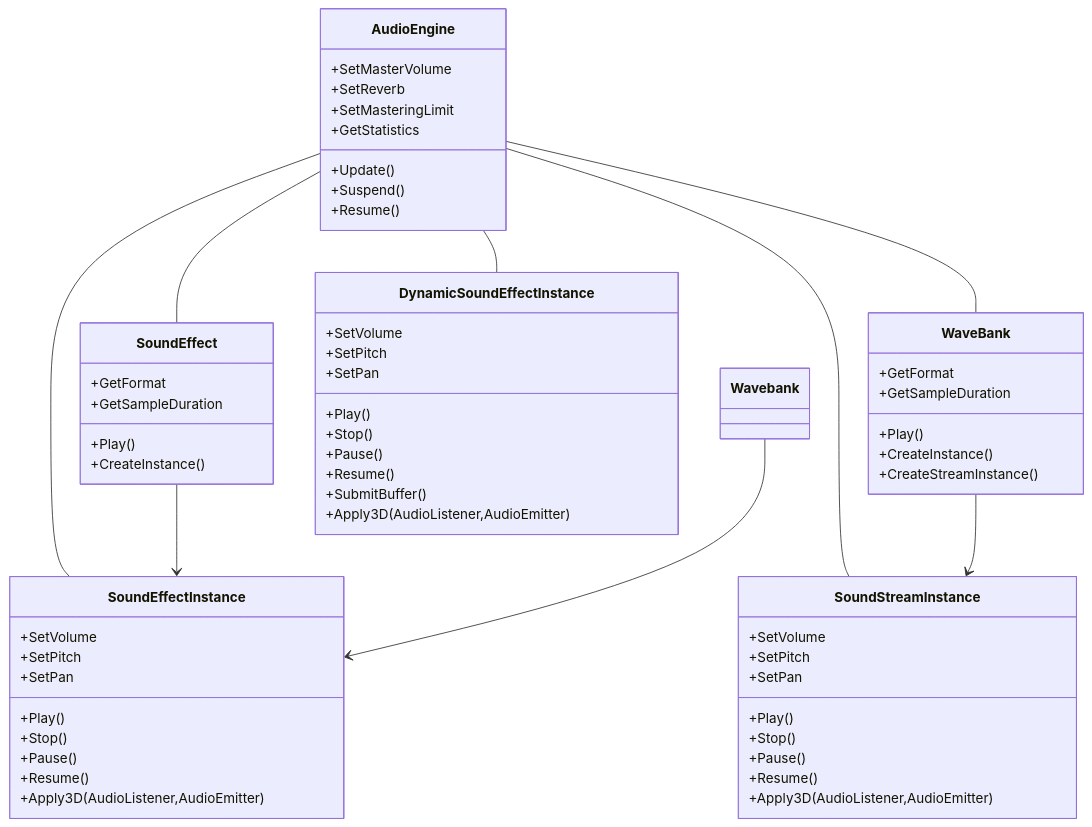
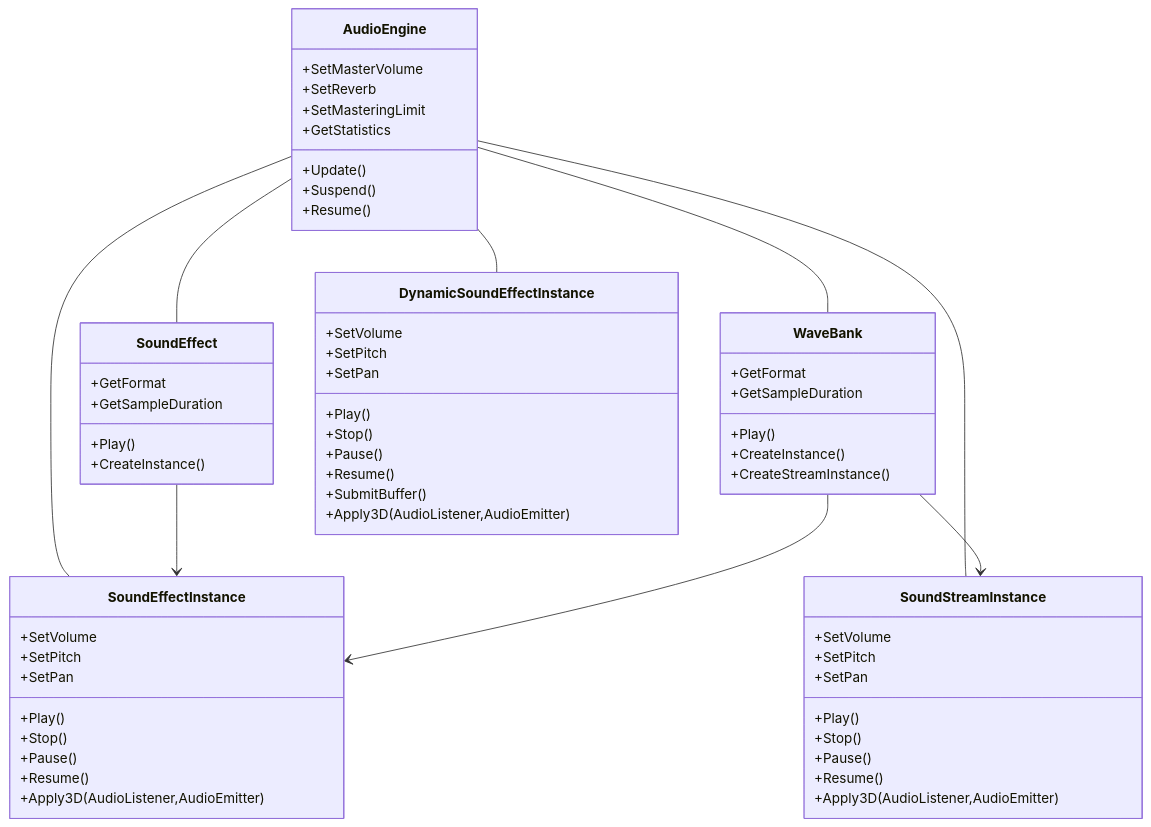
One commit to neogrammer/Wiki changed the first of 2 diagrams in Audio.md. Above: the diagram before and after it, drawn with Mermaid.

Commit message:
Updated Audio (markdown)

````diff
--- a/Audio.md
+++ b/Audio.md
@@ -18,64 +18,64 @@
 ```mermaid
 classDiagram
 class AudioEngine{
    +SetMasterVolume
    +SetReverb
    +SetMasteringLimit
    +GetStatistics
    +Update()
    +Suspend()
    +Resume()
 }
 class SoundEffect{
    +GetFormat
    +GetSampleDuration
    +Play()
    +CreateInstance()
 }
 class WaveBank{
    +GetFormat
    +GetSampleDuration
    +Play()
    +CreateInstance()
    +CreateStreamInstance()
 }
 class SoundEffectInstance{
    +SetVolume
    +SetPitch
    +SetPan
    +Play()
    +Stop()
    +Pause()
    +Resume()
    +Apply3D(AudioListener,AudioEmitter)
 }
 class SoundStreamInstance{
    +SetVolume
    +SetPitch
    +SetPan
    +Play()
    +Stop()
    +Pause()
    +Resume()
    +Apply3D(AudioListener,AudioEmitter)
 }
 class DynamicSoundEffectInstance{
    +SetVolume
    +SetPitch
    +SetPan
    +Play()
    +Stop()
    +Pause()
    +Resume()
    +SubmitBuffer()
    +Apply3D(AudioListener,AudioEmitter)
 }
 AudioEngine -- SoundEffect
 AudioEngine -- WaveBank
 AudioEngine -- SoundEffectInstance
 AudioEngine -- SoundStreamInstance
 AudioEngine -- DynamicSoundEffectInstance
 SoundEffect --> SoundEffectInstance
-Wavebank --> SoundEffectInstance
+WaveBank --> SoundEffectInstance
 WaveBank --> SoundStreamInstance
 ```
````
